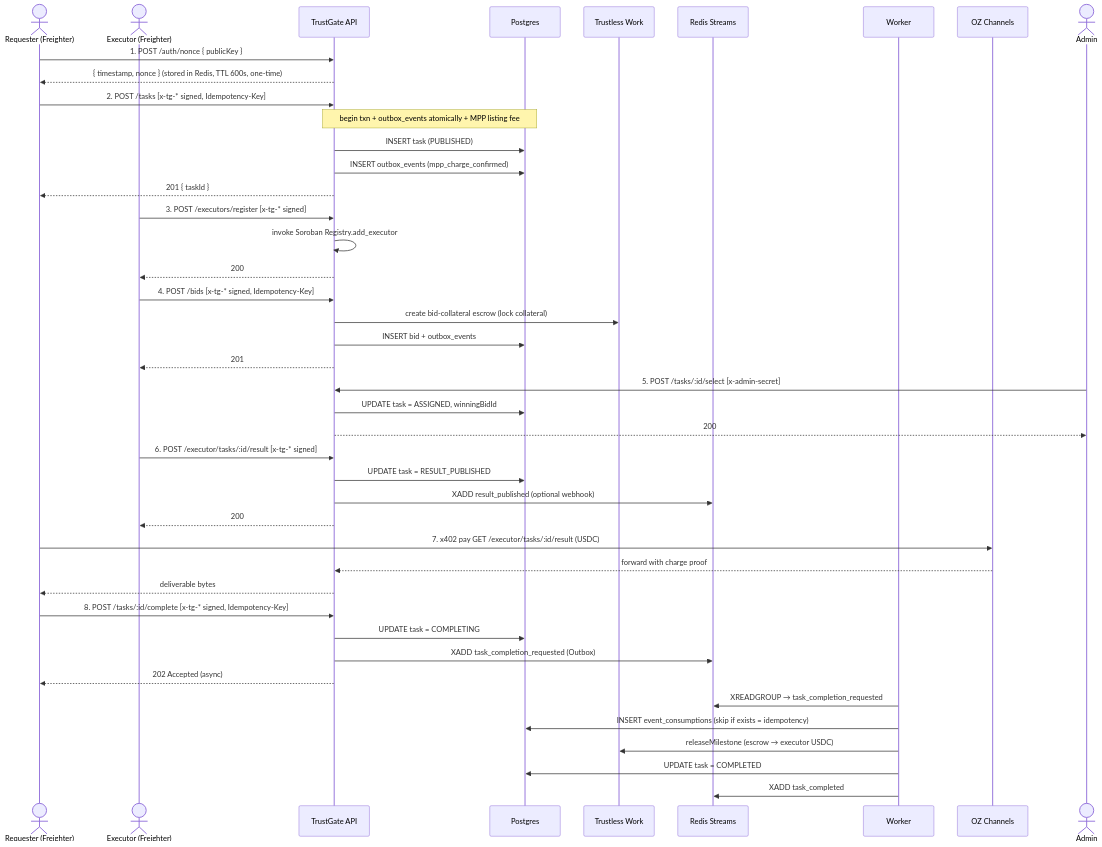
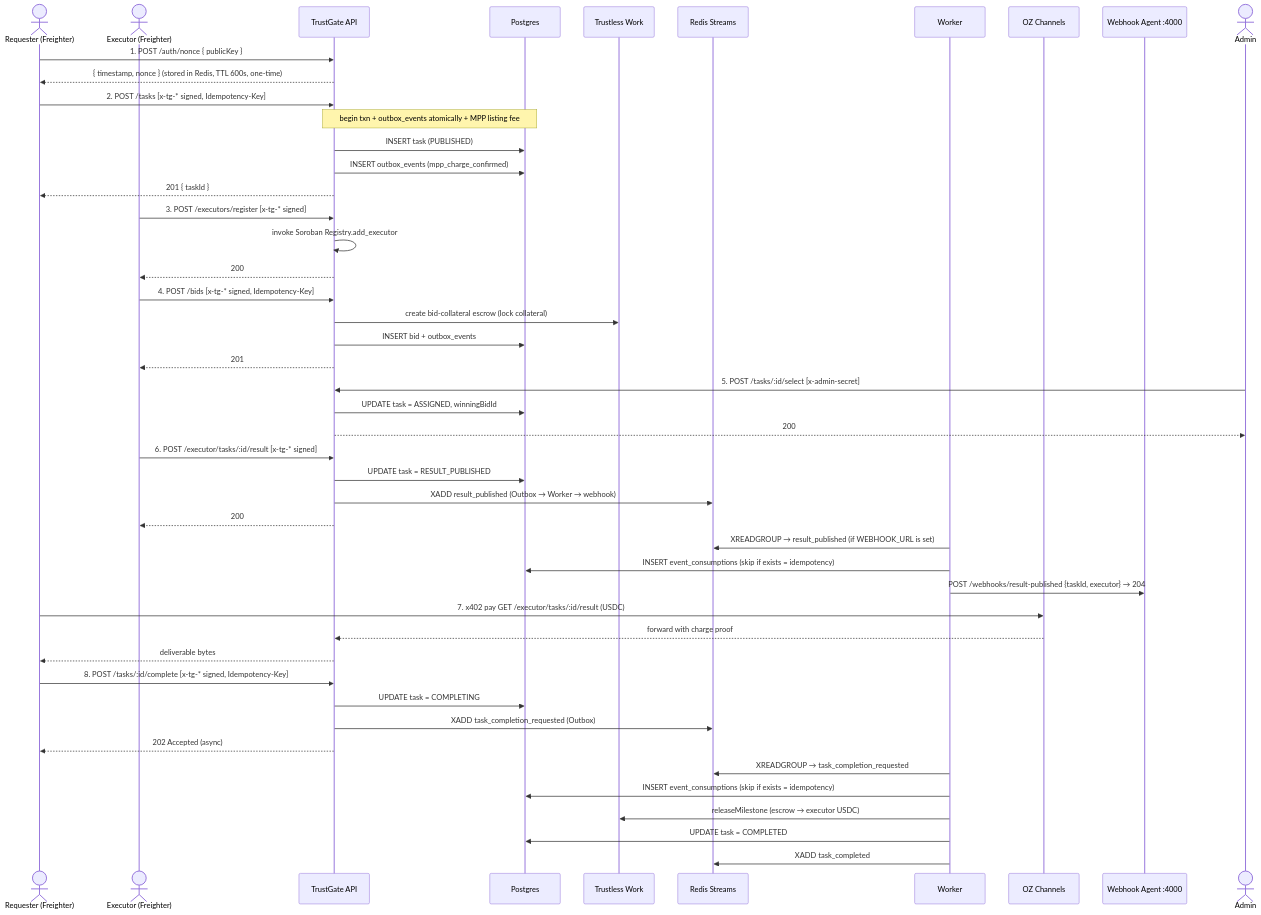
One commit to Jistriane/TrustGate changed the third of 5 diagrams in README.md. Above: the diagram before and after it, drawn with Mermaid. The commit also changed other lines of this file and 82 other files, not shown here.

First line of the commit message:
chore(baseline): 2026-08-06 — README 100% EN + 5 agents dashboard & lifecycle diagrams, Escrow Option C SDF testnet deploy, 7 novos ADRs, CI workflow, rate limit mw, 30+ testes novos

````diff
--- a/README.md
+++ b/README.md
@@ -138,45 +334,49 @@
 ```mermaid
 sequenceDiagram
   actor Req as Requester (Freighter)
   actor Exe as Executor (Freighter)
   participant API as TrustGate API
   participant PG as Postgres
   participant TW as Trustless Work
   participant RS as Redis Streams
   participant W as Worker
   participant OZ as OZ Channels
+  participant WH as Webhook Agent :4000
   Req->>API: 1. POST /auth/nonce { publicKey }
   API-->>Req: { timestamp, nonce }  (stored in Redis, TTL 600s, one-time)
   Req->>API: 2. POST /tasks [x-tg-* signed, Idempotency-Key]
   Note over API,PG: begin txn + outbox_events atomically + MPP listing fee
   API->>PG: INSERT task (PUBLISHED)
   API->>PG: INSERT outbox_events (mpp_charge_confirmed)
   API-->>Req: 201 { taskId }
   Exe->>API: 3. POST /executors/register [x-tg-* signed]
   API->>API: invoke Soroban Registry.add_executor
   API-->>Exe: 200
   Exe->>API: 4. POST /bids [x-tg-* signed, Idempotency-Key]
   API->>TW: create bid-collateral escrow (lock collateral)
   API->>PG: INSERT bid + outbox_events
   API-->>Exe: 201
   actor Adm as Admin
   Adm->>API: 5. POST /tasks/:id/select [x-admin-secret]
   API->>PG: UPDATE task = ASSIGNED, winningBidId
   API-->>Adm: 200
   Exe->>API: 6. POST /executor/tasks/:id/result [x-tg-* signed]
   API->>PG: UPDATE task = RESULT_PUBLISHED
-  API->>RS: XADD result_published (optional webhook)
+  API->>RS: XADD result_published (Outbox → Worker → webhook)
   API-->>Exe: 200
+  W->>RS: XREADGROUP → result_published (if WEBHOOK_URL is set)
+  W->>PG: INSERT event_consumptions (skip if exists = idempotency)
+  W->>WH: POST /webhooks/result-published {taskId, executor} → 204
   Req->>OZ: 7. x402 pay GET /executor/tasks/:id/result (USDC)
   OZ-->>API: forward with charge proof
   API-->>Req: deliverable bytes
   Req->>API: 8. POST /tasks/:id/complete [x-tg-* signed, Idempotency-Key]
   API->>PG: UPDATE task = COMPLETING
   API->>RS: XADD task_completion_requested (Outbox)
   API-->>Req: 202 Accepted (async)
   W->>RS: XREADGROUP → task_completion_requested
   W->>PG: INSERT event_consumptions (skip if exists = idempotency)
   W->>TW: releaseMilestone (escrow → executor USDC)
   W->>PG: UPDATE task = COMPLETED
   W->>RS: XADD task_completed
 ```
````
